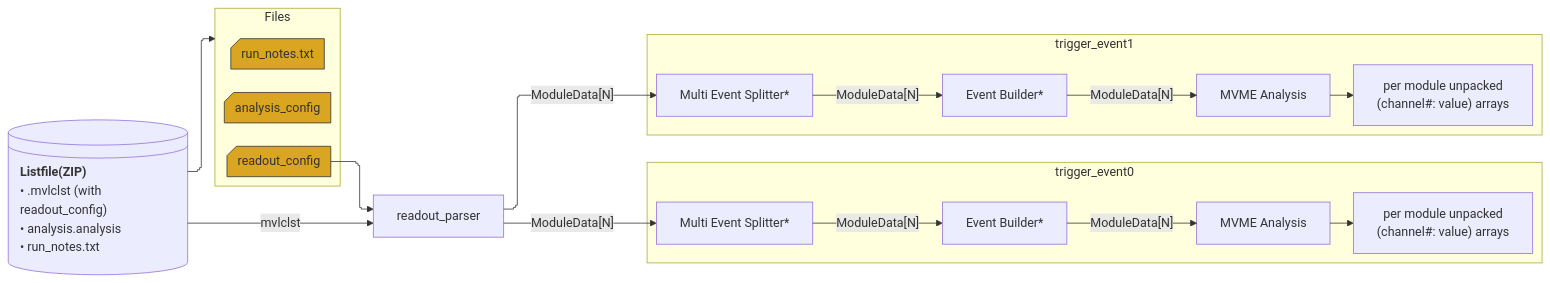
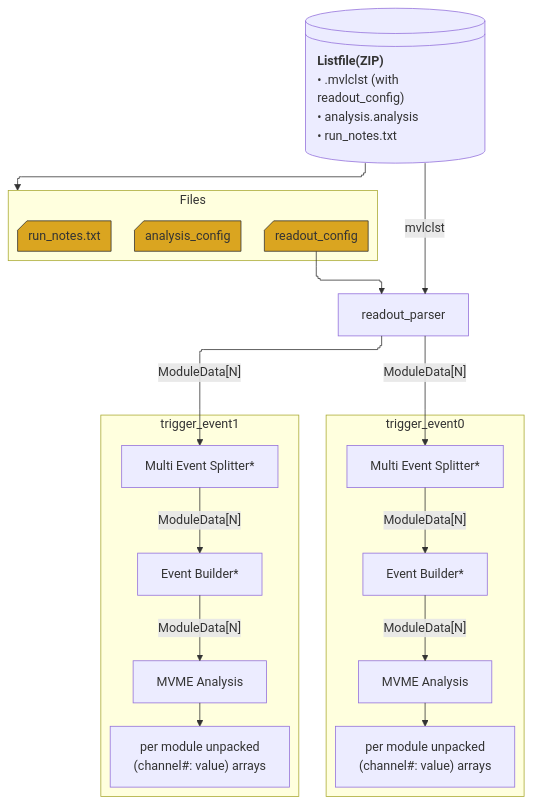
One commit to flueke/mvme changed the diagram in doc/replay_data_processing_pipeline.mmd. Above: the diagram before and after it, drawn with Mermaid. The commit also changed 1 other file, not shown here.

Commit message:
more mermaid

```diff
--- a/doc/replay_data_processing_pipeline.mmd
+++ b/doc/replay_data_processing_pipeline.mmd
@@ -1,54 +1,54 @@
 ---
 config:
   title: mvme replay data processing pipeline
   theme: default
   look: default
   layout: elk
   flowchart:
-    curve: stepBefore
+    curve: stepAfter
 ---
 
-flowchart LR
+flowchart TD
     readout_parser -->|"`ModuleData[N]`"| multi_event_splitter[Multi Event Splitter*]
     subgraph trigger_event0
         multi_event_splitter -->|"`ModuleData[N]`"| event_builder[Event Builder*]
         event_builder -->|"`ModuleData[N]`"| analysis[MVME Analysis]
         analysis --> unpacked_data["per module unpacked<br>(channel#: value) arrays"]
     end
 
     readout_parser -->|"`ModuleData[N]`"| multi_event_splitter1[Multi Event Splitter*]
     subgraph trigger_event1
         multi_event_splitter1 -->|"`ModuleData[N]`"| event_builder1[Event Builder*]
         event_builder1 -->|"`ModuleData[N]`"| analysis1[MVME Analysis]
         analysis1 --> unpacked_data1["per module unpacked<br>(channel#: value) arrays"]
     end
 
     listfile["`**Listfile(ZIP)**
     • .mvlclst (with readout_config)
     • analysis.analysis
     • run_notes.txt`"]@{ shape: lin-cyl}
     style listfile text-align: left
 
     listfile -->|mvlclst| readout_parser
     listfile --> files
 
     subgraph files[Files]
         readout_config
         analysis_config
         run_notes.txt
     end
 
     readout_config --> readout_parser
     analysis_config
     run_notes.txt
 
     readout_config@{ shape:  card }
     analysis_config@{ shape:  card }
     run_notes.txt@{ shape:  card }
 
     %% class based styling
     classDef files fill:goldenrod,stroke:#333;
     class readout_config,analysis_config,run_notes.txt files;
 
     classDef mvlc fill:yellow,stroke:#000;
     class mvlc mvlc;
```
